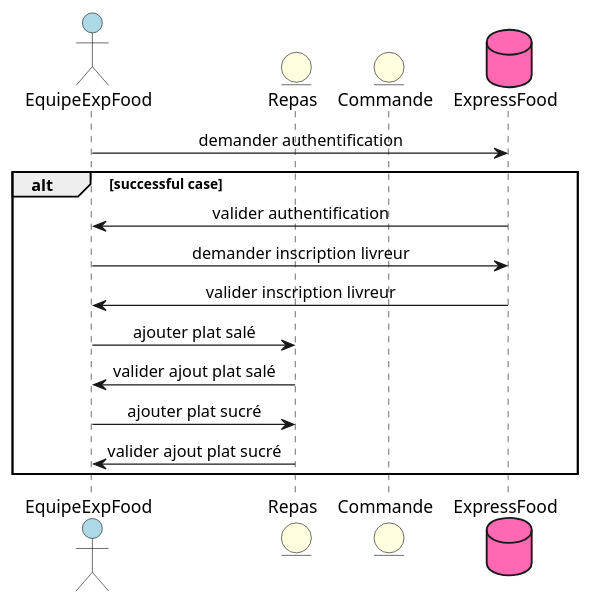
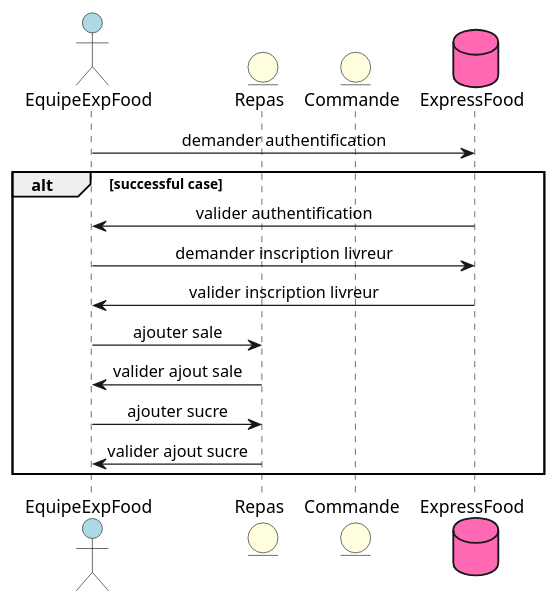
Before and after one commit to laurasullyalexandrine/expressfood: the diagram in Sequence/EquipeExpFoodSequence.puml, drawn with PlantUML. The commit also changed 9 other files, not shown here.

Commit message:
update class repas and re add heritage more delete class plat

```diff
--- a/Sequence/EquipeExpFoodSequence.puml
+++ b/Sequence/EquipeExpFoodSequence.puml
@@ -1,29 +1,29 @@
 @startuml EquipeExpFood
 
 skinparam responseMessageBelowArrow true
 skinparam SequenceMessageAlignment center
 
 actor EquipeExpFood as EquipeExpFood #LightBlue
 
 entity Repas as Repas #LightYellow
 entity Commande as Commande #LightYellow
 
 database ExpressFood as ExpressFood #HotPink
 
 EquipeExpFood -> ExpressFood: demander authentification
 alt successful case
 ExpressFood -> EquipeExpFood: valider authentification 
 
 EquipeExpFood -> ExpressFood: demander inscription livreur
 ExpressFood -> EquipeExpFood: valider inscription livreur
 
-EquipeExpFood -> Repas: ajouter plat salé
-Repas -> EquipeExpFood : valider ajout plat salé
+EquipeExpFood -> Repas: ajouter sale
+Repas -> EquipeExpFood : valider ajout sale
 
-EquipeExpFood -> Repas: ajouter plat sucré
-Repas -> EquipeExpFood : valider ajout plat sucré
+EquipeExpFood -> Repas: ajouter sucre
+Repas -> EquipeExpFood : valider ajout sucre
 
 
 
 end
 @enduml
```
